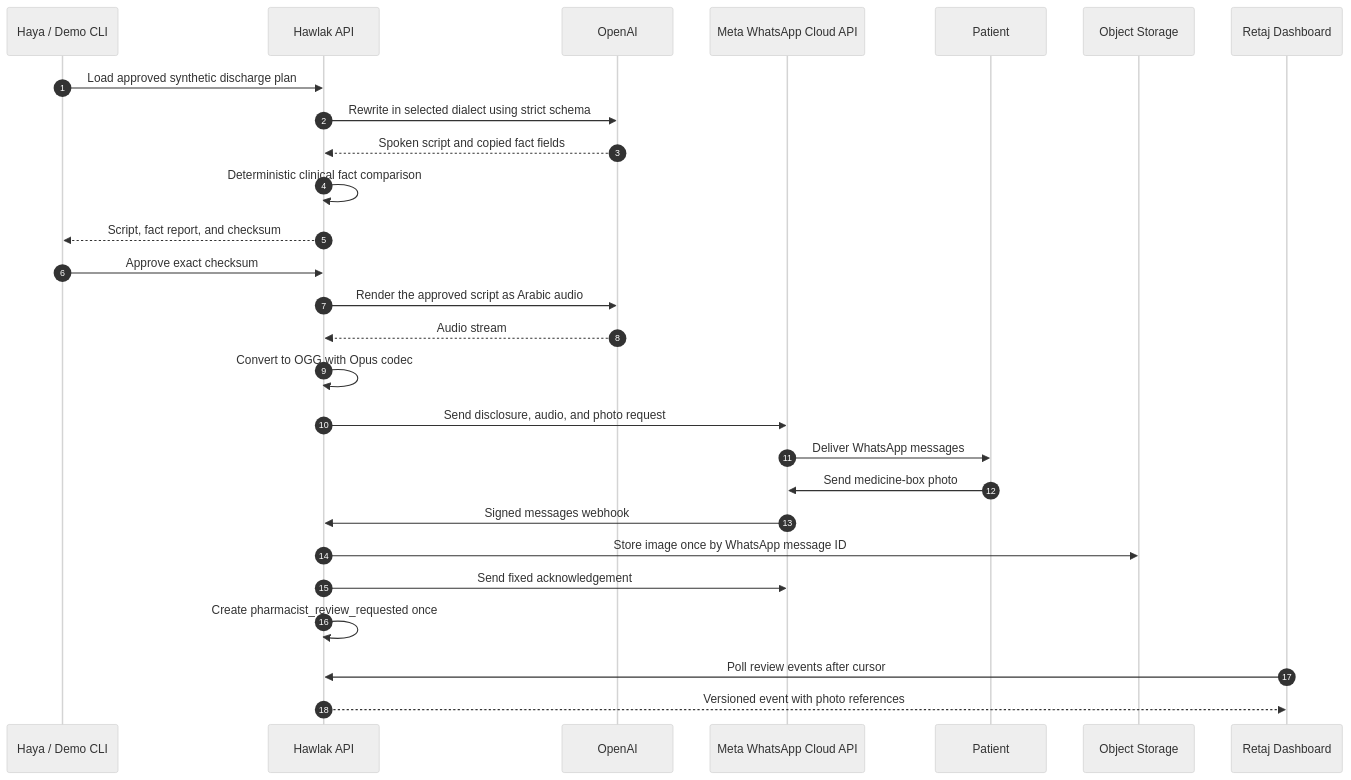
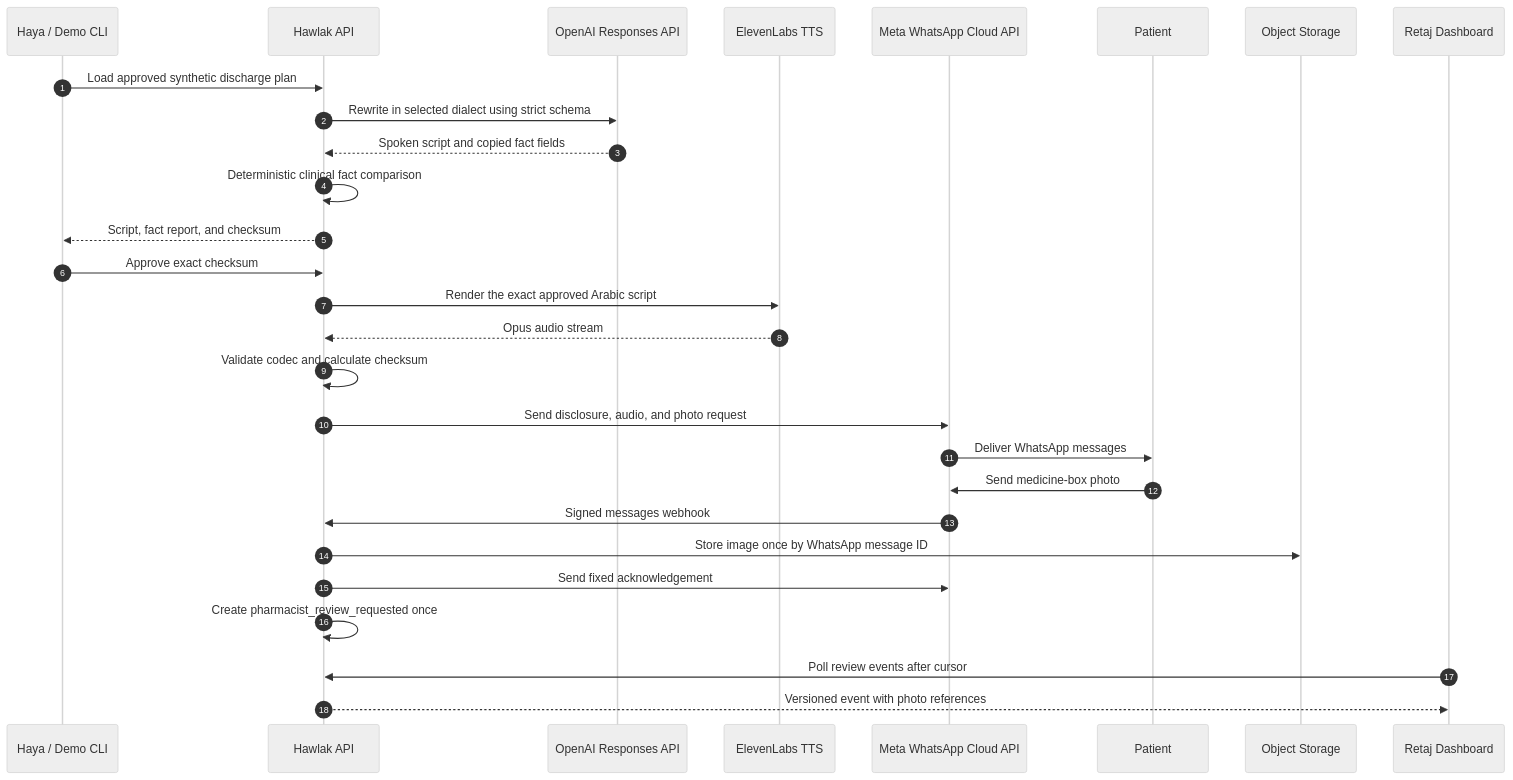
One commit to HarbiHaya/hawlak-mvp changed the diagram in docs/architecture/whatsapp-sequence.mmd. Above: the diagram before and after it, drawn with Mermaid (neutral theme). The commit also changed 9 other files, not shown here.

```diff
--- a/docs/architecture/whatsapp-sequence.mmd
+++ b/docs/architecture/whatsapp-sequence.mmd
@@ -1,28 +1,29 @@
 sequenceDiagram
   autonumber
   participant H as Haya / Demo CLI
   participant A as Hawlak API
-  participant O as OpenAI
+  participant O as OpenAI Responses API
+  participant E as ElevenLabs TTS
   participant M as Meta WhatsApp Cloud API
   participant P as Patient
   participant S as Object Storage
   participant D as Retaj Dashboard
 
   H->>A: Load approved synthetic discharge plan
   A->>O: Rewrite in selected dialect using strict schema
   O-->>A: Spoken script and copied fact fields
   A->>A: Deterministic clinical fact comparison
   A-->>H: Script, fact report, and checksum
   H->>A: Approve exact checksum
-  A->>O: Render the approved script as Arabic audio
-  O-->>A: Audio stream
-  A->>A: Convert to OGG with Opus codec
+  A->>E: Render the exact approved Arabic script
+  E-->>A: Opus audio stream
+  A->>A: Validate codec and calculate checksum
   A->>M: Send disclosure, audio, and photo request
   M->>P: Deliver WhatsApp messages
   P->>M: Send medicine-box photo
   M->>A: Signed messages webhook
   A->>S: Store image once by WhatsApp message ID
   A->>M: Send fixed acknowledgement
   A->>A: Create pharmacist_review_requested once
   D->>A: Poll review events after cursor
   A-->>D: Versioned event with photo references
```
